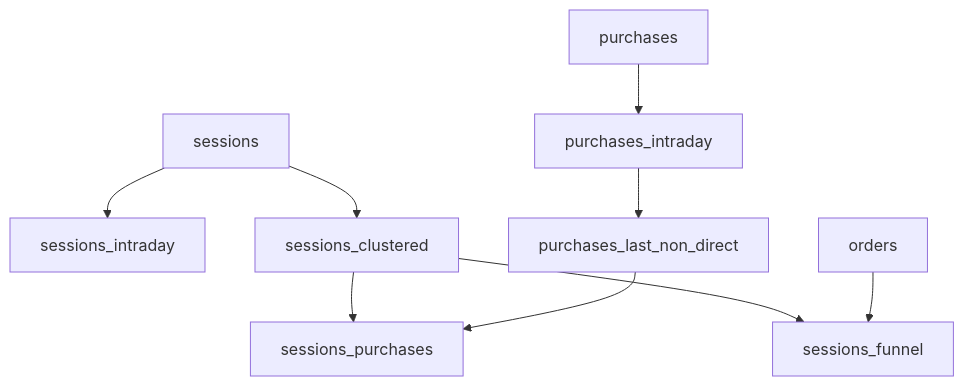
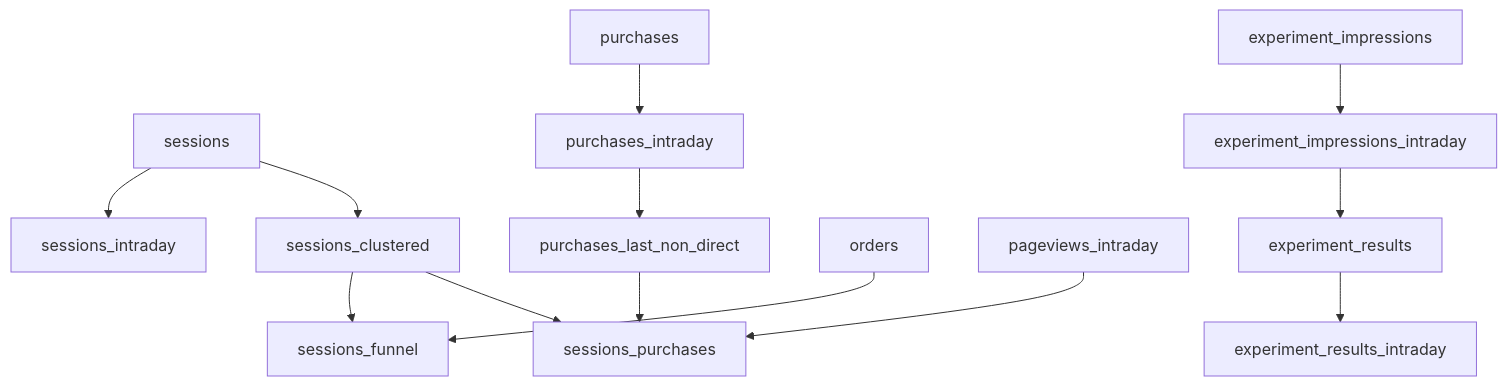
The diagram in docs/README.md (mymetric/dataform-queima), drawn with Mermaid before and after one commit. The commit also changed other lines of this file, not shown here.

````diff
--- a/docs/README.md
+++ b/docs/README.md
@@ -44,11 +60,15 @@
 ```mermaid
 graph TD
     A[sessions] --> B[sessions_intraday]
     A --> C[sessions_clustered]
     C --> D[sessions_funnel]
     C --> E[sessions_purchases]
     F[purchases] --> G[purchases_intraday]
     G --> H[purchases_last_non_direct]
     H --> E
     I[orders] --> D
-``` 
+    J[pageviews_intraday] --> E
+    K[experiment_impressions] --> L[experiment_impressions_intraday]
+    L --> M[experiment_results]
+    M --> N[experiment_results_intraday]
+```
````
